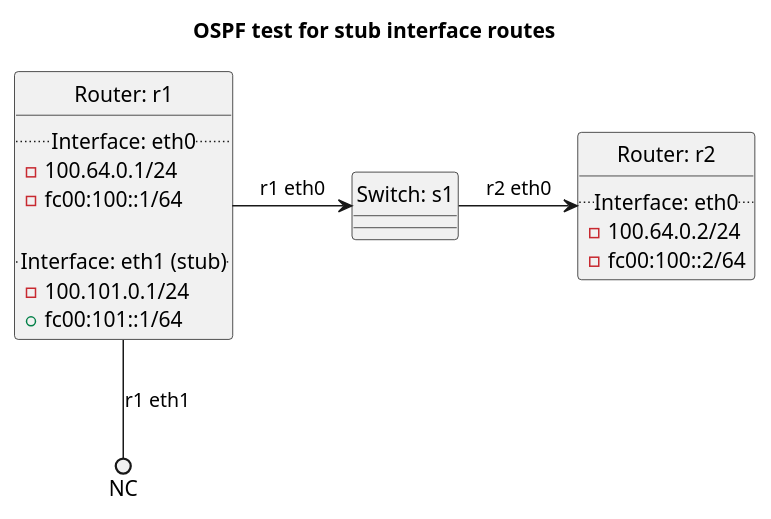
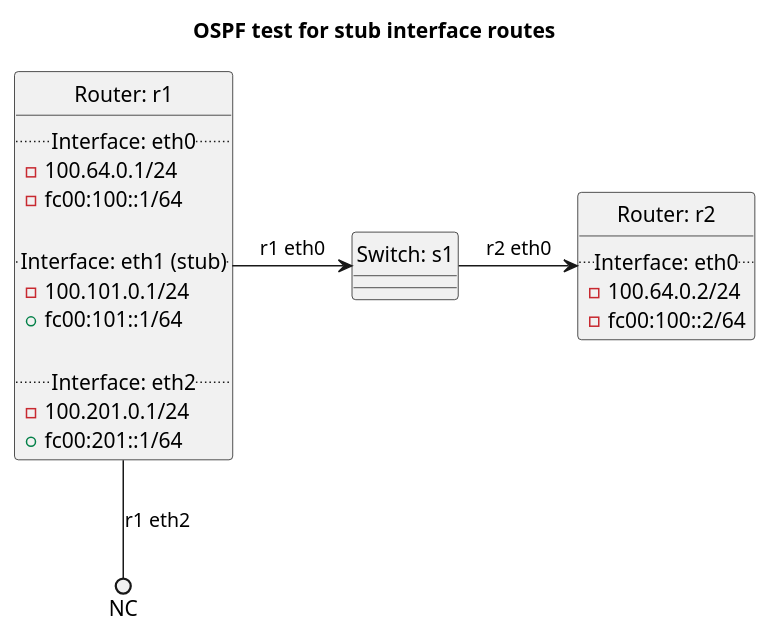
The diagram in tests/t30_ospf/t34_stub_interface/README.md (oscdev-io/birdplan), drawn with PlantUML before and after one commit. The commit also changed 43 other files, not shown here.

````diff
--- a/tests/t30_ospf/t34_stub_interface/README.md
+++ b/tests/t30_ospf/t34_stub_interface/README.md
@@ -9,34 +9,38 @@
 ```plantuml
 @startuml
 hide circle
 title OSPF test for stub interface routes
 
 
 class "Router: r1" {
   .. Interface: eth0 ..
 - 100.64.0.1/24
 - fc00:100::1/64
 
   .. Interface: eth1 (stub) ..
 - 100.101.0.1/24
 + fc00:101::1/64
+
+  .. Interface: eth2 ..
+- 100.201.0.1/24
++ fc00:201::1/64
 }
 
 
 class "Router: r2" {
   .. Interface: eth0 ..
 - 100.64.0.2/24
 - fc00:100::2/64
 }
 
 
 
 class "Switch: s1" {}
 
 
 "Router: r1" -> "Switch: s1": r1 eth0
 "Switch: s1" -> "Router: r2": r2 eth0
-"Router: r1" --() NC: r1 eth1
+"Router: r1" --() NC: r1 eth2
 
 @enduml
 ```
````
